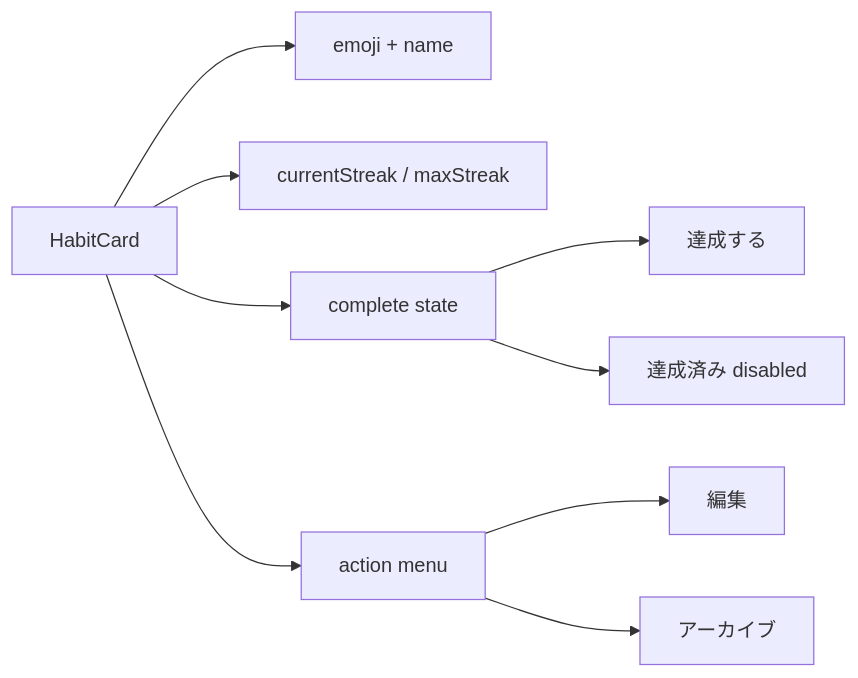
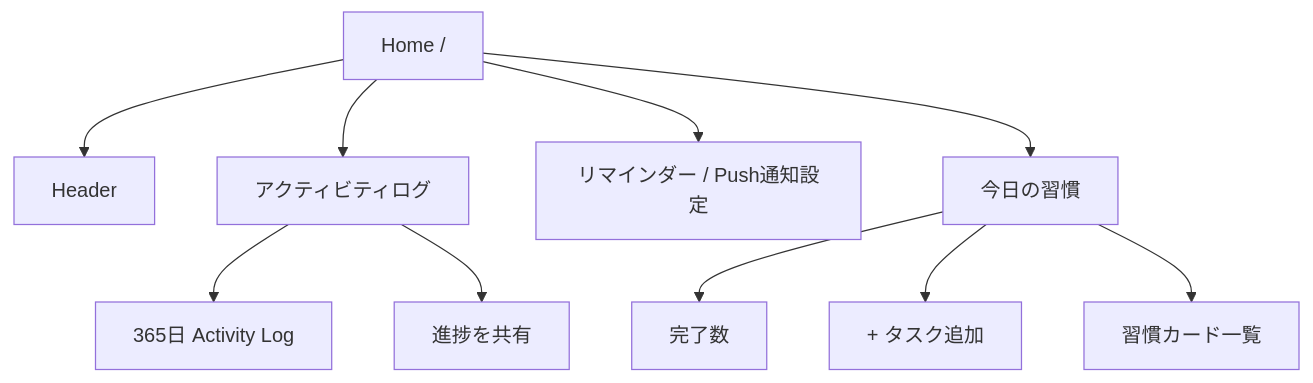
The diagram in docs/ui/home.md (devegoma/dailygreen), drawn with Mermaid before and after one commit. The commit also changed other lines of this file and 52 other files, not shown here.

````diff
--- a/docs/ui/home.md
+++ b/docs/ui/home.md
@@ -275,13 +13,12 @@
 ```mermaid
-flowchart LR
-  HabitCard["HabitCard"] --> Identity["emoji + name"]
-  HabitCard --> Stats["currentStreak / maxStreak"]
-  HabitCard --> CompleteState["complete state"]
-  HabitCard --> Menu["action menu"]
-
-  CompleteState --> CompleteButton["達成する"]
-  CompleteState --> CompletedButton["達成済み disabled"]
-
-  Menu --> EditAction["編集"]
-  Menu --> ArchiveAction["アーカイブ"]
+flowchart TB
+  Home["Home /"] --> Header["Header"]
+  Home --> ActivitySection["アクティビティログ"]
+  ActivitySection --> ActivityLog["365日 Activity Log"]
+  ActivitySection --> ShareButton["進捗を共有"]
+  Home --> Reminder["リマインダー / Push通知設定"]
+  Home --> TodaySection["今日の習慣"]
+  TodaySection --> Summary["完了数"]
+  TodaySection --> AddHabit["+ タスク追加"]
+  TodaySection --> HabitList["習慣カード一覧"]
 ```
````
